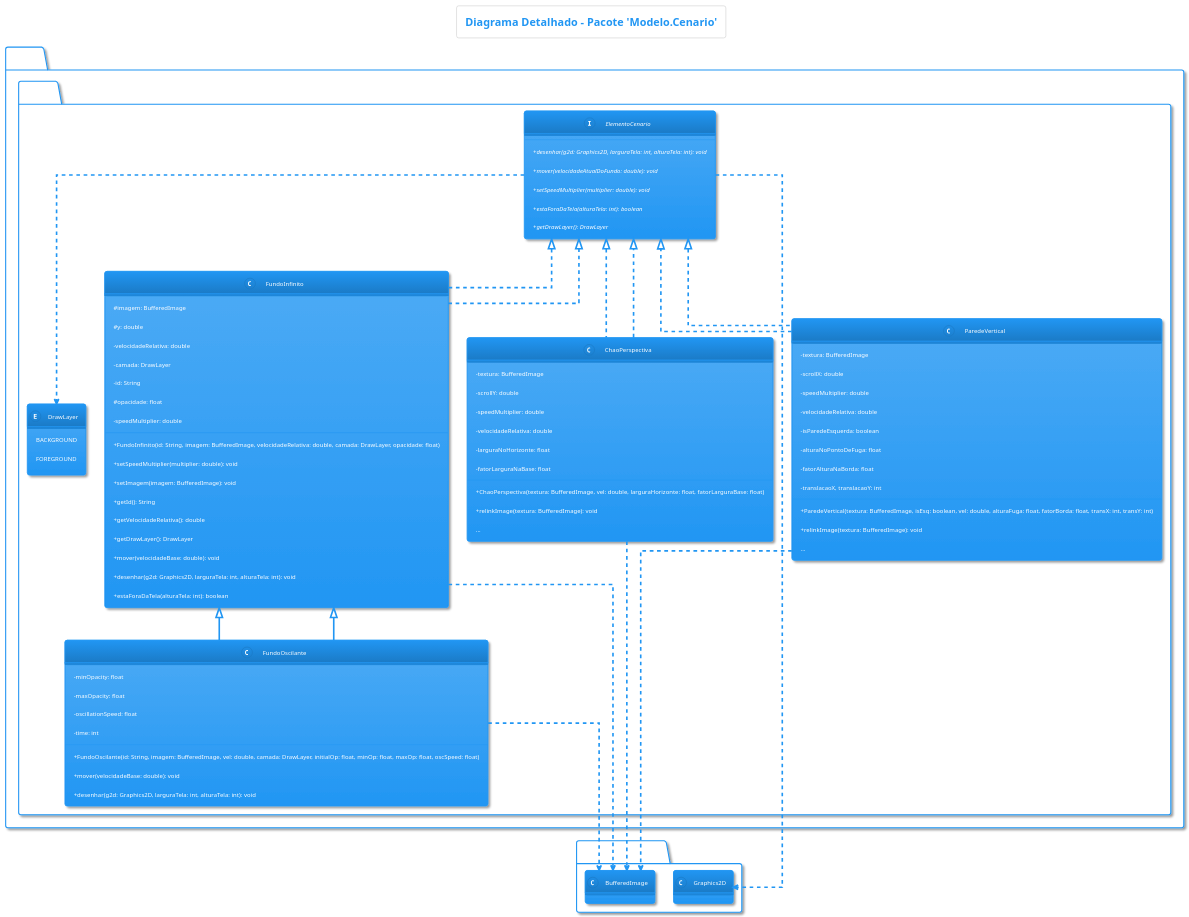
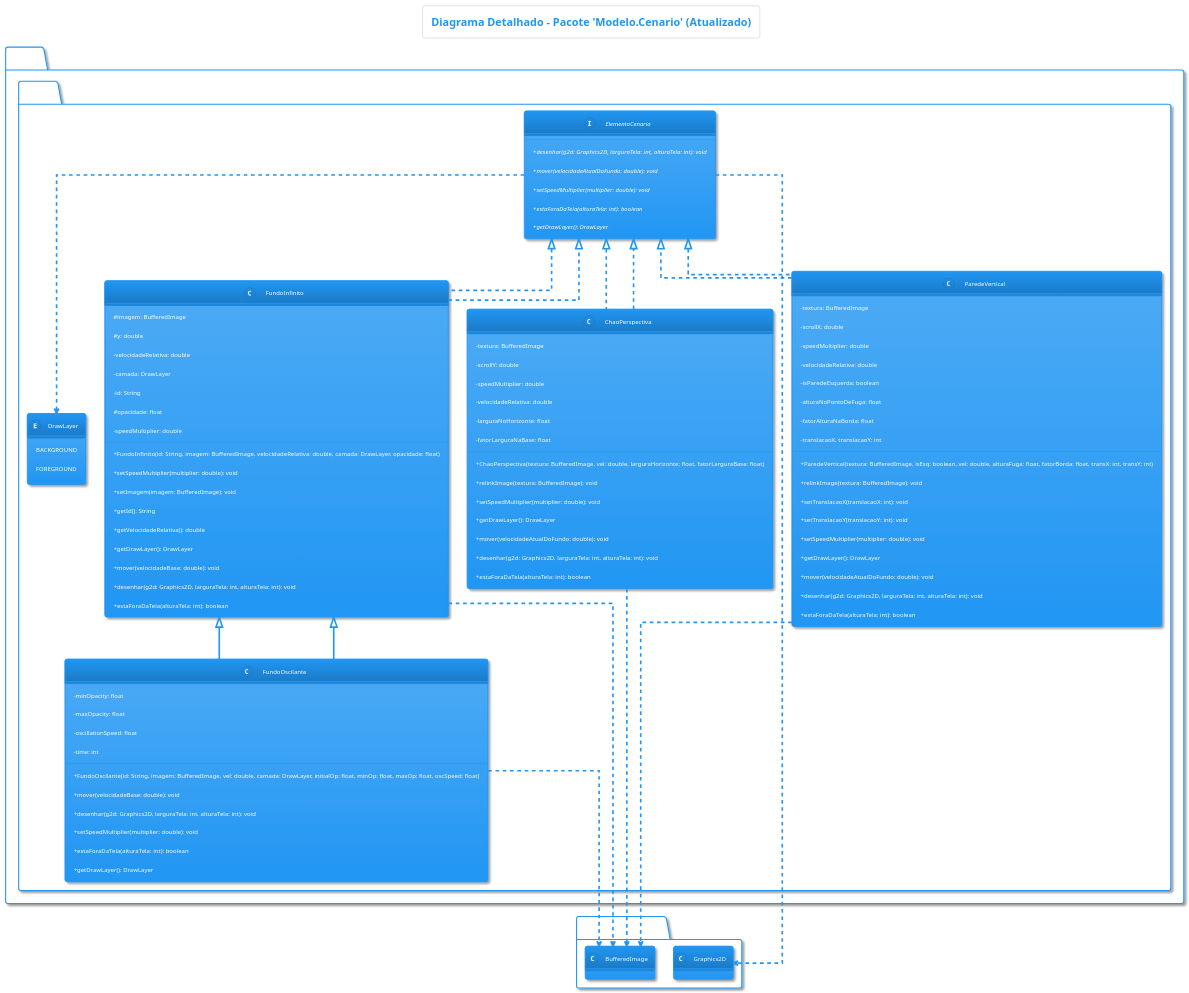
Before and after one commit to LycalopX/Phantom: the diagram in docs/Modelo/Cenario/diagrama_detalhado.puml, drawn with PlantUML. The commit also changed 301 other files, not shown here.

```diff
--- a/docs/Modelo/Cenario/diagrama_detalhado.puml
+++ b/docs/Modelo/Cenario/diagrama_detalhado.puml
@@ -1,104 +1,117 @@
 @startuml
 !theme materia
 skinparam classAttributeIconSize 0
 skinparam linetype ortho
 skinparam crossingCharacter '( )'
 skinparam classSeparatorColor DarkRed
 skinparam classSeparatorThickness 2
 
-title Diagrama Detalhado - Pacote 'Modelo.Cenario'
+title Diagrama Detalhado - Pacote 'Modelo.Cenario' (Atualizado)
 
 package "Modelo.Cenario" {
     interface ElementoCenario {
         {abstract} + desenhar(g2d: Graphics2D, larguraTela: int, alturaTela: int): void
         {abstract} + mover(velocidadeAtualDoFundo: double): void
         {abstract} + setSpeedMultiplier(multiplier: double): void
         {abstract} + estaForaDaTela(alturaTela: int): boolean
         {abstract} + getDrawLayer(): DrawLayer
     }
 
     enum DrawLayer {
         BACKGROUND
         FOREGROUND
     }
 
     class FundoInfinito implements ElementoCenario {
         # imagem: BufferedImage
         # y: double
         - velocidadeRelativa: double
         - camada: DrawLayer
         - id: String
         # opacidade: float
         - speedMultiplier: double
         --
         + FundoInfinito(id: String, imagem: BufferedImage, velocidadeRelativa: double, camada: DrawLayer, opacidade: float)
         + setSpeedMultiplier(multiplier: double): void
         + setImagem(imagem: BufferedImage): void
         + getId(): String
         + getVelocidadeRelativa(): double
         + getDrawLayer(): DrawLayer
         + mover(velocidadeBase: double): void
         + desenhar(g2d: Graphics2D, larguraTela: int, alturaTela: int): void
         + estaForaDaTela(alturaTela: int): boolean
     }
 
     class FundoOscilante extends FundoInfinito {
         - minOpacity: float
         - maxOpacity: float
         - oscillationSpeed: float
         - time: int
         --
         + FundoOscilante(id: String, imagem: BufferedImage, vel: double, camada: DrawLayer, initialOp: float, minOp: float, maxOp: float, oscSpeed: float)
         + mover(velocidadeBase: double): void
         + desenhar(g2d: Graphics2D, larguraTela: int, alturaTela: int): void
+        + setSpeedMultiplier(multiplier: double): void
+        + estaForaDaTela(alturaTela: int): boolean
+        + getDrawLayer(): DrawLayer
     }
 
     class ChaoPerspectiva implements ElementoCenario {
         - textura: BufferedImage
         - scrollY: double
         - speedMultiplier: double
         - velocidadeRelativa: double
         - larguraNoHorizonte: float
         - fatorLarguraNaBase: float
         --
         + ChaoPerspectiva(textura: BufferedImage, vel: double, larguraHorizonte: float, fatorLarguraBase: float)
         + relinkImage(textura: BufferedImage): void
-        ...
+        + setSpeedMultiplier(multiplier: double): void
+        + getDrawLayer(): DrawLayer
+        + mover(velocidadeAtualDoFundo: double): void
+        + desenhar(g2d: Graphics2D, larguraTela: int, alturaTela: int): void
+        + estaForaDaTela(alturaTela: int): boolean
     }
 
     class ParedeVertical implements ElementoCenario {
         - textura: BufferedImage
         - scrollX: double
         - speedMultiplier: double
         - velocidadeRelativa: double
         - isParedeEsquerda: boolean
         - alturaNoPontoDeFuga: float
         - fatorAlturaNaBorda: float
         - translacaoX, translacaoY: int
         --
         + ParedeVertical(textura: BufferedImage, isEsq: boolean, vel: double, alturaFuga: float, fatorBorda: float, transX: int, transY: int)
         + relinkImage(textura: BufferedImage): void
-        ...
+        + setTranslacaoX(translacaoX: int): void
+        + setTranslacaoY(translacaoY: int): void
+        + setSpeedMultiplier(multiplier: double): void
+        + getDrawLayer(): DrawLayer
+        + mover(velocidadeAtualDoFundo: double): void
+        + desenhar(g2d: Graphics2D, larguraTela: int, alturaTela: int): void
+        + estaForaDaTela(alturaTela: int): boolean
     }
 }
 
 package "Dependências Externas" {
     class Graphics2D
     class BufferedImage
 }
 
 ' --- Relacionamentos de Herança ---
 FundoInfinito ..|> ElementoCenario
 FundoOscilante --|> FundoInfinito
 ChaoPerspectiva ..|> ElementoCenario
 ParedeVertical ..|> ElementoCenario
 
 ' --- Dependências ---
 ElementoCenario ..> Graphics2D
 ElementoCenario ..> DrawLayer
 FundoInfinito ..> BufferedImage
 FundoOscilante ..> BufferedImage
 ChaoPerspectiva ..> BufferedImage
 ParedeVertical ..> BufferedImage
 
 @enduml
```
